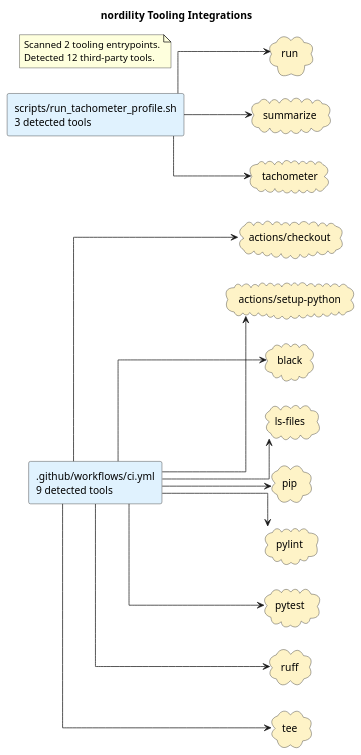
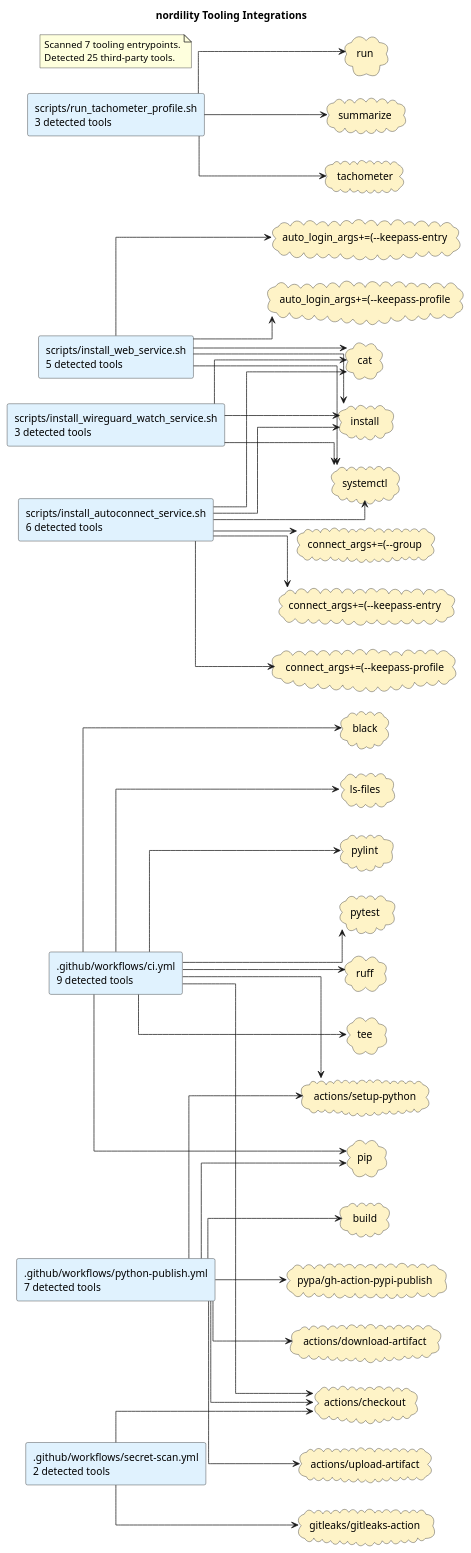
The diagram in docs/diagrams/tooling-integrations.puml (casonk/nordility), drawn with PlantUML before and after one commit. The commit also changed 32 other files, not shown here.

First line of the commit message:
feat: add watch-wireguard service and localhost web control surface

```diff
--- a/docs/diagrams/tooling-integrations.puml
+++ b/docs/diagrams/tooling-integrations.puml
@@ -1,38 +1,79 @@
 @startuml
 title nordility Tooling Integrations
 left to right direction
 skinparam shadowing false
 skinparam defaultFontName Monospace
 skinparam componentStyle rectangle
 skinparam linetype ortho
 rectangle ".github/workflows/ci.yml\n9 detected tools" as source_github_workflows_ci_yml #E0F2FE
+rectangle ".github/workflows/python-publish.yml\n7 detected tools" as source_github_workflows_python_publish_yml #E0F2FE
+rectangle ".github/workflows/secret-scan.yml\n2 detected tools" as source_github_workflows_secret_scan_yml #E0F2FE
+rectangle "scripts/install_autoconnect_service.sh\n6 detected tools" as source_scripts_install_autoconnect_service_sh #E0F2FE
+rectangle "scripts/install_web_service.sh\n5 detected tools" as source_scripts_install_web_service_sh #E0F2FE
+rectangle "scripts/install_wireguard_watch_service.sh\n3 detected tools" as source_scripts_install_wireguard_watch_service_sh #E0F2FE
 rectangle "scripts/run_tachometer_profile.sh\n3 detected tools" as source_scripts_run_tachometer_profile_sh #E0F2FE
 cloud "actions/checkout" as tool_actions_checkout #FEF3C7
+cloud "actions/download-artifact" as tool_actions_download_artifact #FEF3C7
 cloud "actions/setup-python" as tool_actions_setup_python #FEF3C7
+cloud "actions/upload-artifact" as tool_actions_upload_artifact #FEF3C7
+cloud "auto_login_args+=(--keepass-entry" as tool_auto_login_args_keepass_entry #FEF3C7
+cloud "auto_login_args+=(--keepass-profile" as tool_auto_login_args_keepass_profile #FEF3C7
 cloud "black" as tool_black #FEF3C7
+cloud "build" as tool_build #FEF3C7
+cloud "cat" as tool_cat #FEF3C7
+cloud "connect_args+=(--group" as tool_connect_args_group #FEF3C7
+cloud "connect_args+=(--keepass-entry" as tool_connect_args_keepass_entry #FEF3C7
+cloud "connect_args+=(--keepass-profile" as tool_connect_args_keepass_profile #FEF3C7
+cloud "gitleaks/gitleaks-action" as tool_gitleaks_gitleaks_action #FEF3C7
+cloud "install" as tool_install #FEF3C7
 cloud "ls-files" as tool_ls_files #FEF3C7
 cloud "pip" as tool_pip #FEF3C7
 cloud "pylint" as tool_pylint #FEF3C7
+cloud "pypa/gh-action-pypi-publish" as tool_pypa_gh_action_pypi_publish #FEF3C7
 cloud "pytest" as tool_pytest #FEF3C7
 cloud "ruff" as tool_ruff #FEF3C7
 cloud "run" as tool_run #FEF3C7
 cloud "summarize" as tool_summarize #FEF3C7
+cloud "systemctl" as tool_systemctl #FEF3C7
 cloud "tachometer" as tool_tachometer #FEF3C7
 cloud "tee" as tool_tee #FEF3C7
 source_github_workflows_ci_yml --> tool_actions_checkout
 source_github_workflows_ci_yml --> tool_actions_setup_python
 source_github_workflows_ci_yml --> tool_black
 source_github_workflows_ci_yml --> tool_ls_files
 source_github_workflows_ci_yml --> tool_pip
 source_github_workflows_ci_yml --> tool_pylint
 source_github_workflows_ci_yml --> tool_pytest
 source_github_workflows_ci_yml --> tool_ruff
 source_github_workflows_ci_yml --> tool_tee
+source_github_workflows_python_publish_yml --> tool_actions_checkout
+source_github_workflows_python_publish_yml --> tool_actions_download_artifact
+source_github_workflows_python_publish_yml --> tool_actions_setup_python
+source_github_workflows_python_publish_yml --> tool_actions_upload_artifact
+source_github_workflows_python_publish_yml --> tool_build
+source_github_workflows_python_publish_yml --> tool_pip
+source_github_workflows_python_publish_yml --> tool_pypa_gh_action_pypi_publish
+source_github_workflows_secret_scan_yml --> tool_actions_checkout
+source_github_workflows_secret_scan_yml --> tool_gitleaks_gitleaks_action
+source_scripts_install_autoconnect_service_sh --> tool_cat
+source_scripts_install_autoconnect_service_sh --> tool_connect_args_group
+source_scripts_install_autoconnect_service_sh --> tool_connect_args_keepass_entry
+source_scripts_install_autoconnect_service_sh --> tool_connect_args_keepass_profile
+source_scripts_install_autoconnect_service_sh --> tool_install
+source_scripts_install_autoconnect_service_sh --> tool_systemctl
+source_scripts_install_web_service_sh --> tool_auto_login_args_keepass_entry
+source_scripts_install_web_service_sh --> tool_auto_login_args_keepass_profile
+source_scripts_install_web_service_sh --> tool_cat
+source_scripts_install_web_service_sh --> tool_install
+source_scripts_install_web_service_sh --> tool_systemctl
+source_scripts_install_wireguard_watch_service_sh --> tool_cat
+source_scripts_install_wireguard_watch_service_sh --> tool_install
+source_scripts_install_wireguard_watch_service_sh --> tool_systemctl
 source_scripts_run_tachometer_profile_sh --> tool_run
 source_scripts_run_tachometer_profile_sh --> tool_summarize
 source_scripts_run_tachometer_profile_sh --> tool_tachometer
 note as toolingGraphSummary
-Scanned 2 tooling entrypoints.
-Detected 12 third-party tools.
+Scanned 7 tooling entrypoints.
+Detected 25 third-party tools.
 end note
 @enduml
```
